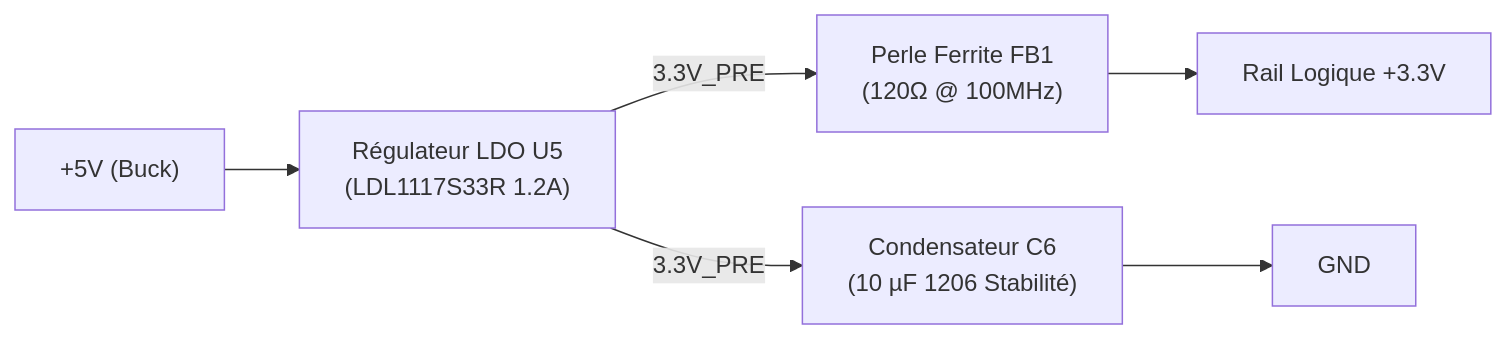
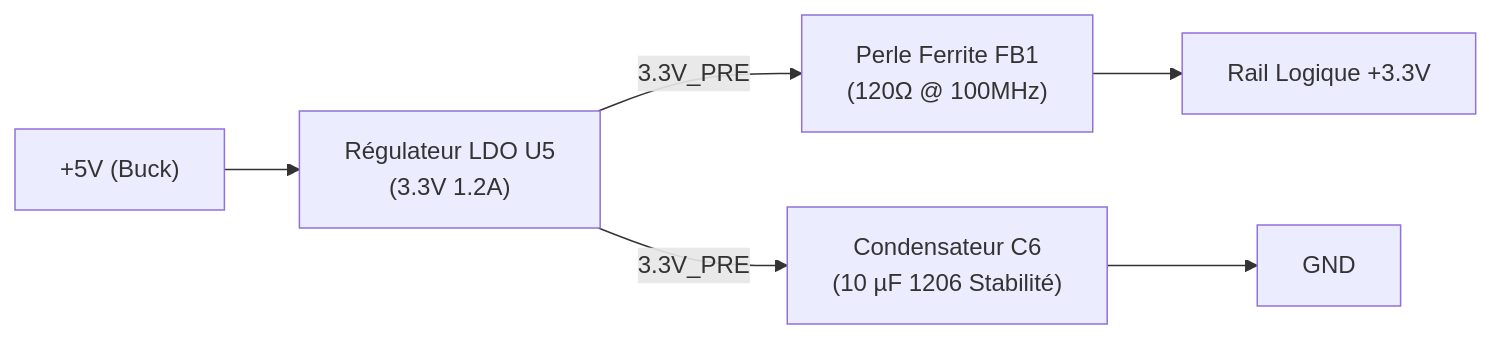
The fourth of 13 diagrams in documents/hardware.md (nitrogene/OBD2), drawn with Mermaid before and after one commit. The commit also changed other lines of this file and 6 other files, not shown here.

````diff
--- a/documents/hardware.md
+++ b/documents/hardware.md
@@ -196,18 +196,18 @@
 ```mermaid
 %%{init: {
   'themeVariables': {
     'fontFamily': 'Consolas, "Courier New", monospace',
     'fontSize': '12px'
   },
   'flowchart': {
     'curve': 'stepBefore',
     'nodeSpacing': 20,
     'rankSpacing': 30
   }
 }}%%
 flowchart LR
-    V5["+5V (Buck)"] --> U5["Régulateur LDO U5\n(LDL1117S33R 1.2A)"]
+    V5["+5V (Buck)"] --> U5["Régulateur LDO U5\n(3.3V 1.2A)"]
     U5 -->|3.3V_PRE| FB1["Perle Ferrite FB1\n(120Ω @ 100MHz)"]
     FB1 --> V33["Rail Logique +3.3V"]
     U5 -->|3.3V_PRE| C6["Condensateur C6\n(10 µF 1206 Stabilité)"] --> GND["GND"]
 ```
````
